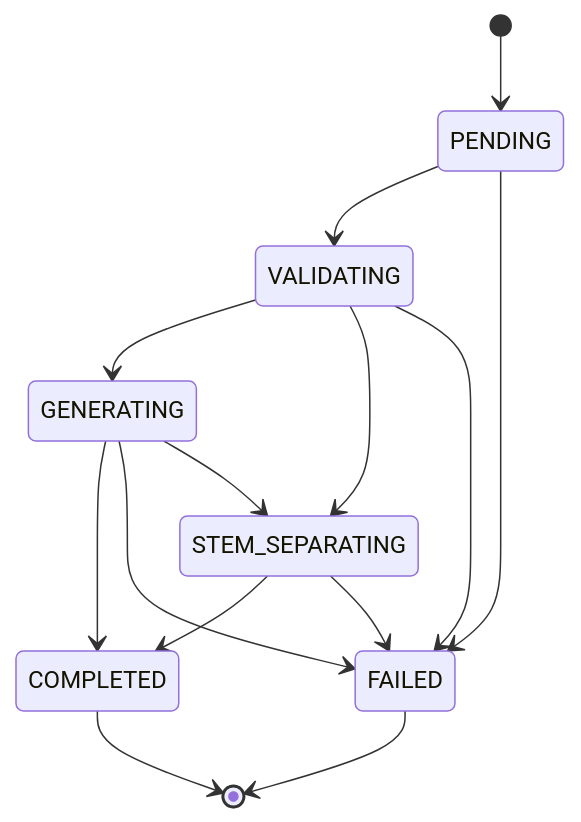
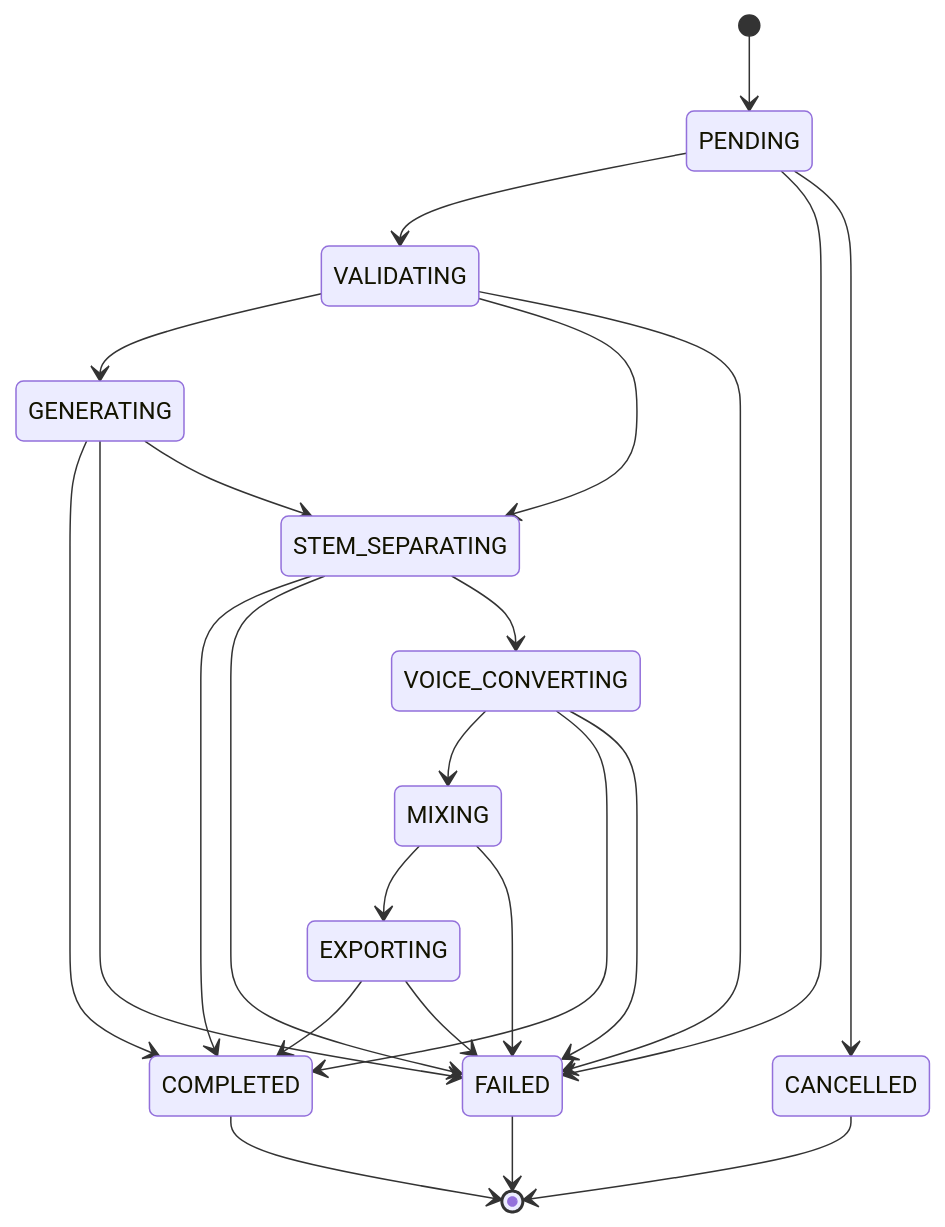
The diagram in docs/07-database/job-state-model.md (DohaStudio/DohaMusic), drawn with Mermaid before and after one commit. The commit also changed other lines of this file and 53 other files, not shown here.

````diff
--- a/docs/07-database/job-state-model.md
+++ b/docs/07-database/job-state-model.md
@@ -6,16 +6,26 @@
 ```mermaid
 stateDiagram-v2
   [*] --> PENDING
   PENDING --> VALIDATING
   PENDING --> FAILED
   VALIDATING --> GENERATING
   VALIDATING --> STEM_SEPARATING
   VALIDATING --> FAILED
   GENERATING --> COMPLETED
   GENERATING --> FAILED
   GENERATING --> STEM_SEPARATING
   STEM_SEPARATING --> COMPLETED
   STEM_SEPARATING --> FAILED
+  STEM_SEPARATING --> VOICE_CONVERTING
+  VOICE_CONVERTING --> MIXING
+  VOICE_CONVERTING --> COMPLETED
+  VOICE_CONVERTING --> FAILED
+  MIXING --> EXPORTING
+  MIXING --> FAILED
+  EXPORTING --> COMPLETED
+  EXPORTING --> FAILED
+  PENDING --> CANCELLED
   COMPLETED --> [*]
   FAILED --> [*]
+  CANCELLED --> [*]
 ```
````
